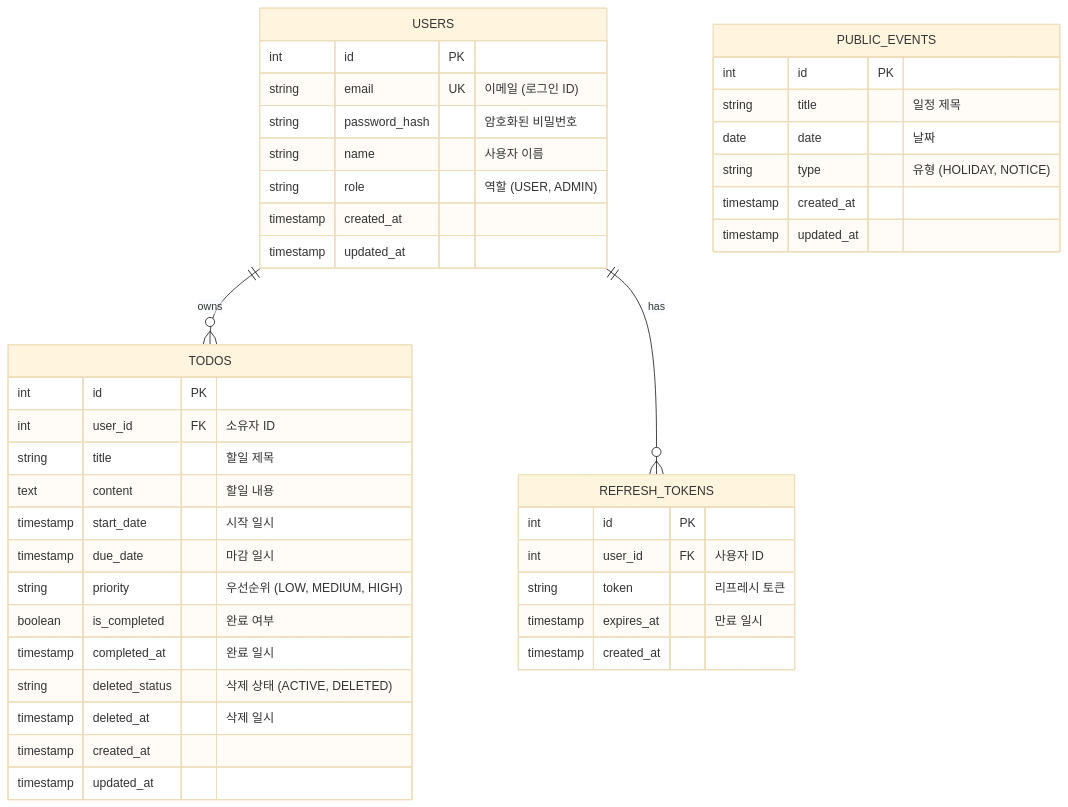
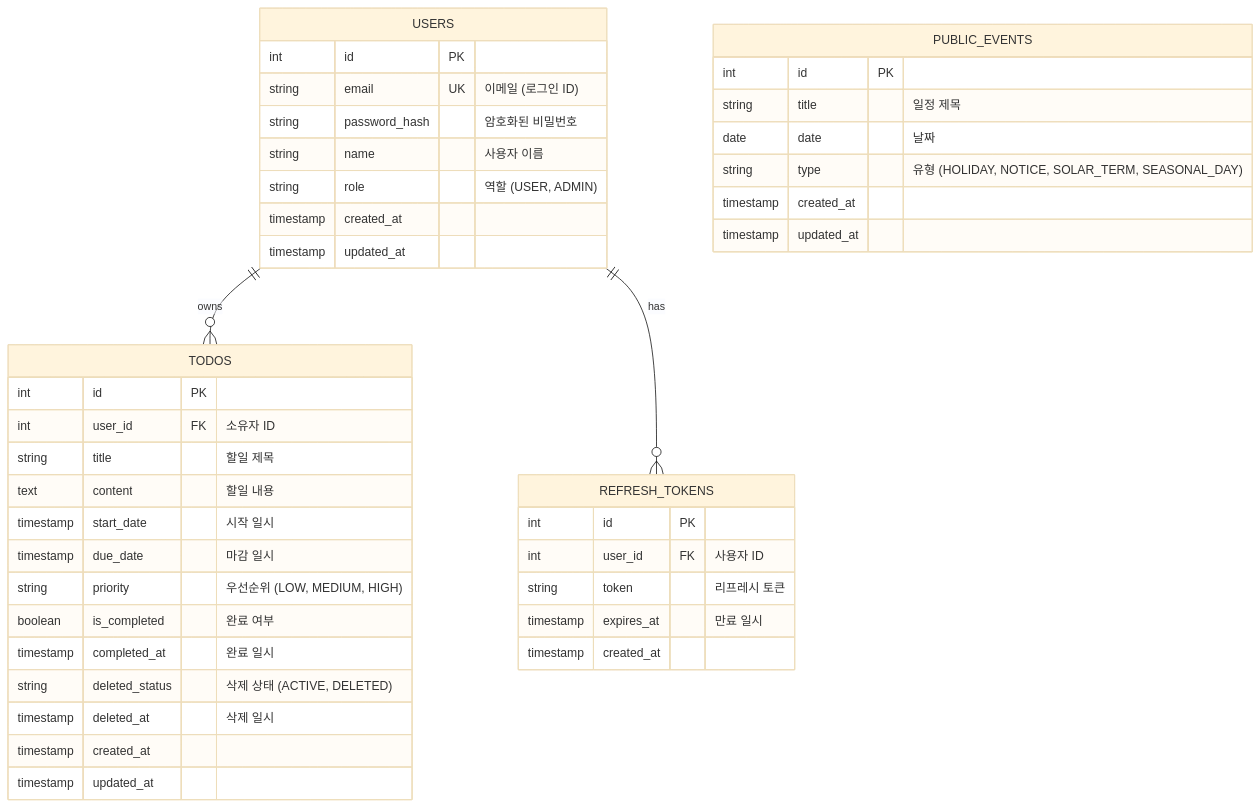
The diagram in docs/5-erd-database-design.md (zkdlcl/jkn-todolist), drawn with Mermaid (base theme) before and after one commit. The commit also changed other lines of this file and 22 other files, not shown here.

````diff
--- a/docs/5-erd-database-design.md
+++ b/docs/5-erd-database-design.md
@@ -12,47 +12,47 @@
 ```mermaid
 erDiagram
     USERS ||--o{ TODOS : "owns"
     USERS ||--o{ REFRESH_TOKENS : "has"
     USERS {
         int id PK
         string email UK "이메일 (로그인 ID)"
         string password_hash "암호화된 비밀번호"
         string name "사용자 이름"
         string role "역할 (USER, ADMIN)"
         timestamp created_at
         timestamp updated_at
     }
 
     TODOS {
         int id PK
         int user_id FK "소유자 ID"
         string title "할일 제목"
         text content "할일 내용"
         timestamp start_date "시작 일시"
         timestamp due_date "마감 일시"
         string priority "우선순위 (LOW, MEDIUM, HIGH)"
         boolean is_completed "완료 여부"
         timestamp completed_at "완료 일시"
         string deleted_status "삭제 상태 (ACTIVE, DELETED)"
         timestamp deleted_at "삭제 일시"
         timestamp created_at
         timestamp updated_at
     }
 
     REFRESH_TOKENS {
         int id PK
         int user_id FK "사용자 ID"
         string token "리프레시 토큰"
         timestamp expires_at "만료 일시"
         timestamp created_at
     }
 
     PUBLIC_EVENTS {
         int id PK
         string title "일정 제목"
         date date "날짜"
-        string type "유형 (HOLIDAY, NOTICE)"
+        string type "유형 (HOLIDAY, NOTICE, SOLAR_TERM, SEASONAL_DAY)"
         timestamp created_at
         timestamp updated_at
     }
 ```
````
